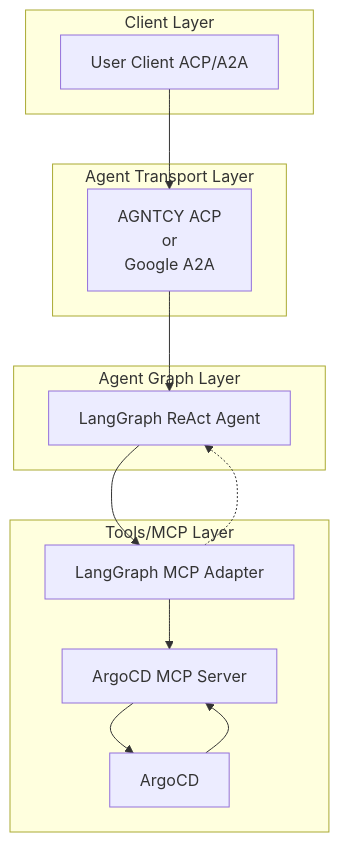
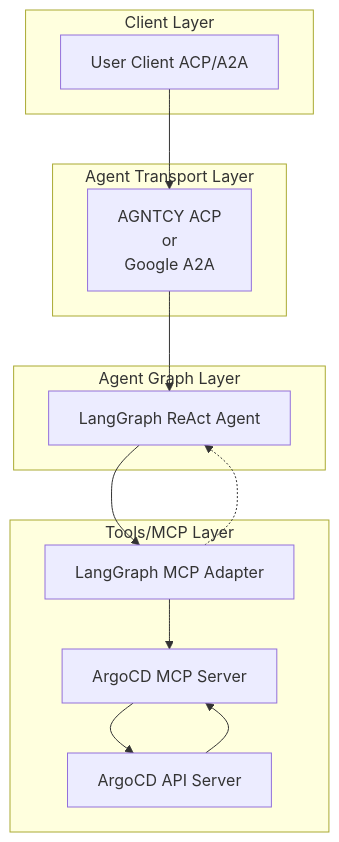
The diagram in ai_platform_engineering/agents/confluence/README.md (tensai828/ai-driven-platform-operations), drawn with Mermaid before and after one commit. The commit also changed other lines of this file and 88 other files, not shown here.

````diff
--- a/ai_platform_engineering/agents/confluence/README.md
+++ b/ai_platform_engineering/agents/confluence/README.md
@@ -31,25 +31,25 @@
 ```mermaid
 flowchart TD
   subgraph Client Layer
     A[User Client ACP/A2A]
   end
 
   subgraph Agent Transport Layer
     B[AGNTCY ACP<br/>or<br/>Google A2A]
   end
 
   subgraph Agent Graph Layer
     C[LangGraph ReAct Agent]
   end
 
   subgraph Tools/MCP Layer
     D[LangGraph MCP Adapter]
     E[ArgoCD MCP Server]
-    F[ArgoCD]
+    F[ArgoCD API Server]
   end
 
   A --> B --> C
   C --> D
   D -.-> C
   D --> E --> F --> E
 ```
````
